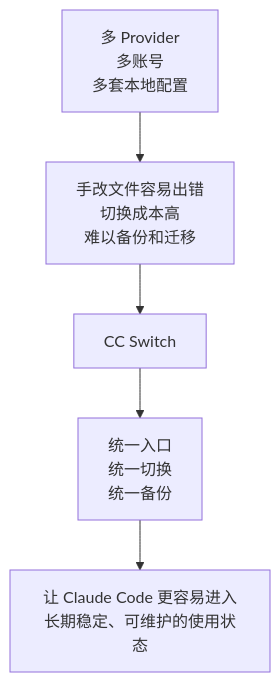
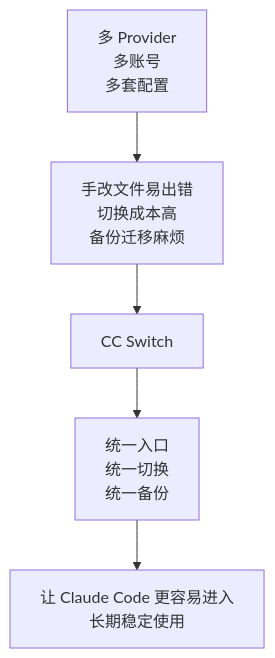
One commit to boycecong-hue/OCTOPUS-GAME-AI-SHARE changed the first of 4 diagrams in sections/03-ccswitch.md. Above: the diagram before and after it, drawn with Mermaid. The commit also changed other lines of this file and 19 other files, not shown here.

````diff
--- a/sections/03-ccswitch.md
+++ b/sections/03-ccswitch.md
@@ -23,7 +23,7 @@
 ```mermaid
 flowchart TB
-    Chaos["多 Provider<br/>多账号<br/>多套本地配置"] --> Pain["手改文件容易出错<br/>切换成本高<br/>难以备份和迁移"]
+    Chaos["多 Provider<br/>多账号<br/>多套配置"] --> Pain["手改文件易出错<br/>切换成本高<br/>备份迁移麻烦"]
     Pain --> CCS["CC Switch"]
     CCS --> Order["统一入口<br/>统一切换<br/>统一备份"]
-    Order --> Stable["让 Claude Code 更容易进入<br/>长期稳定、可维护的使用状态"]
+    Order --> Stable["让 Claude Code 更容易进入<br/>长期稳定使用"]
 ```
````
